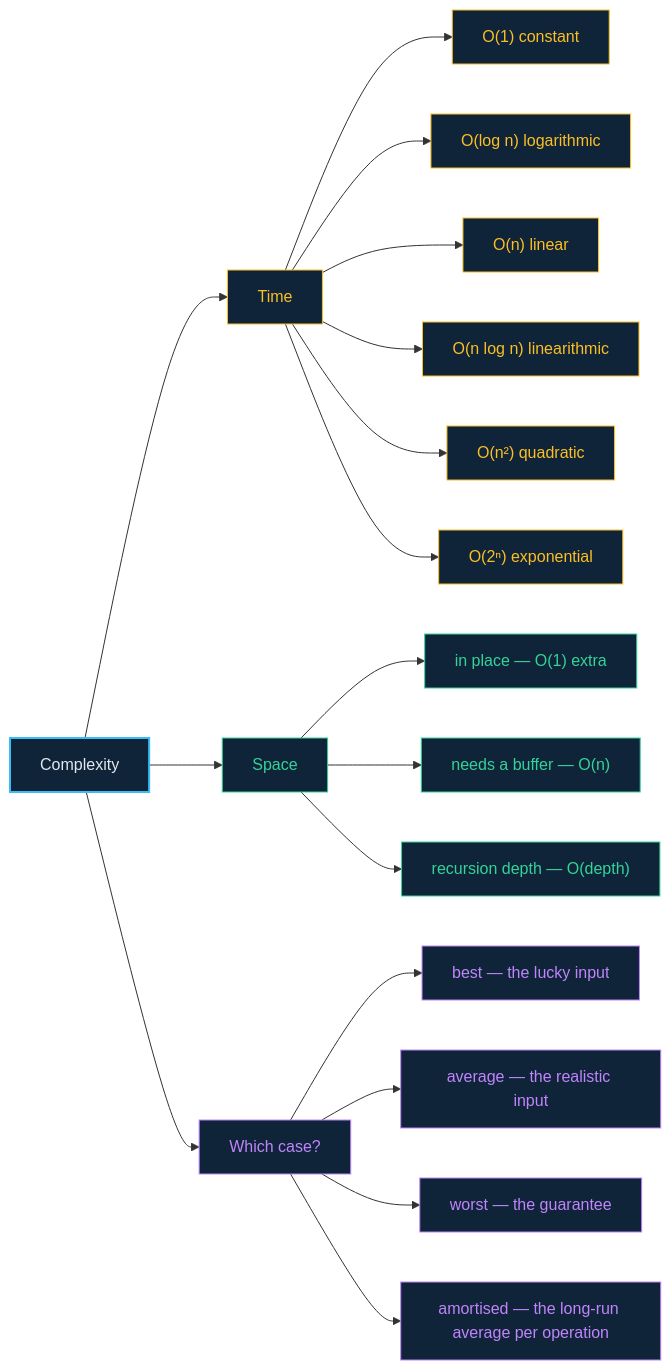
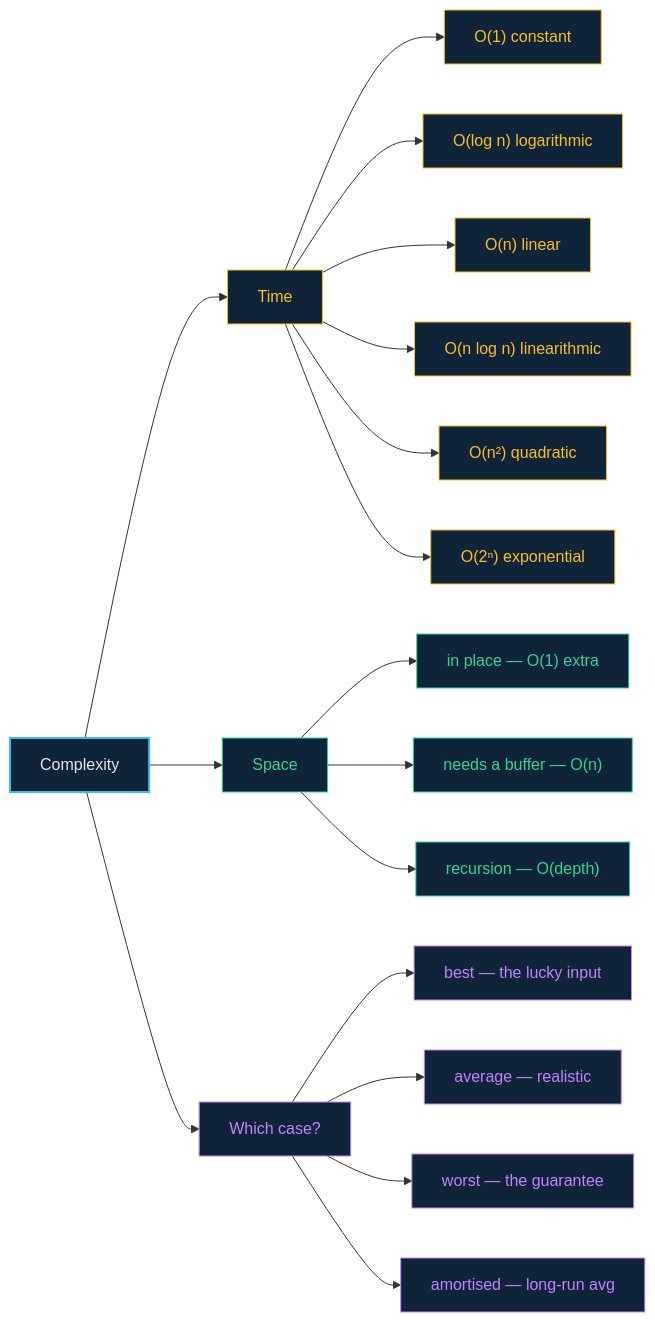
One commit to rajeshgoyalg/Learn-Data-Structures-and-Algorithms-Visually changed the diagram in docs/01-foundations.md. Above: the diagram before and after it, drawn with Mermaid. The commit also changed 21 other files, not shown here.

First line of the commit message:
Shorten every mermaid label so diagrams cannot overflow and clip

````diff
--- a/docs/01-foundations.md
+++ b/docs/01-foundations.md
@@ -38,31 +38,31 @@
 ```mermaid
 flowchart LR
   R["Complexity"] --> T["Time"]
   R --> S["Space"]
   R --> C["Which case?"]
 
   T --> T1["O(1) constant"]
   T --> T2["O(log n) logarithmic"]
   T --> T3["O(n) linear"]
   T --> T4["O(n log n) linearithmic"]
   T --> T5["O(n²) quadratic"]
   T --> T6["O(2ⁿ) exponential"]
 
   S --> S1["in place — O(1) extra"]
   S --> S2["needs a buffer — O(n)"]
-  S --> S3["recursion depth — O(depth)"]
+  S --> S3["recursion — O(depth)"]
 
   C --> C1["best — the lucky input"]
-  C --> C2["average — the realistic input"]
+  C --> C2["average — realistic"]
   C --> C3["worst — the guarantee"]
-  C --> C4["amortised — the long-run average per operation"]
+  C --> C4["amortised — long-run avg"]
 
   classDef root fill:#0f2438,stroke:#38bdf8,stroke-width:2px,color:#e2e8f0
   classDef time fill:#0f2438,stroke:#fbbf24,color:#fbbf24
   classDef space fill:#0f2438,stroke:#34d399,color:#34d399
   classDef cases fill:#0f2438,stroke:#c084fc,color:#c084fc
   class R root
   class T,T1,T2,T3,T4,T5,T6 time
   class S,S1,S2,S3 space
   class C,C1,C2,C3,C4 cases
 ```
````
